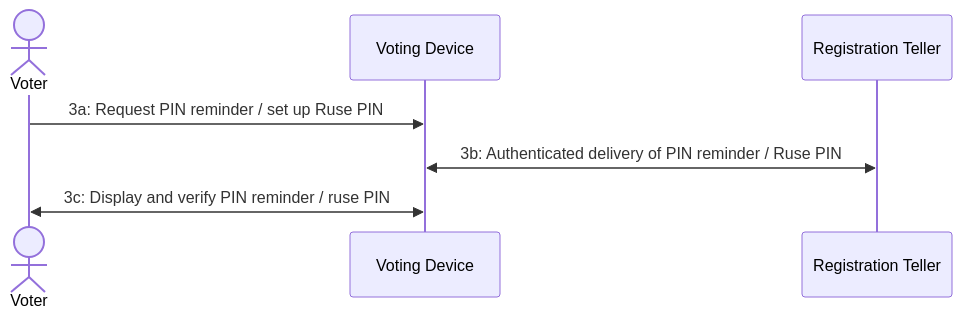
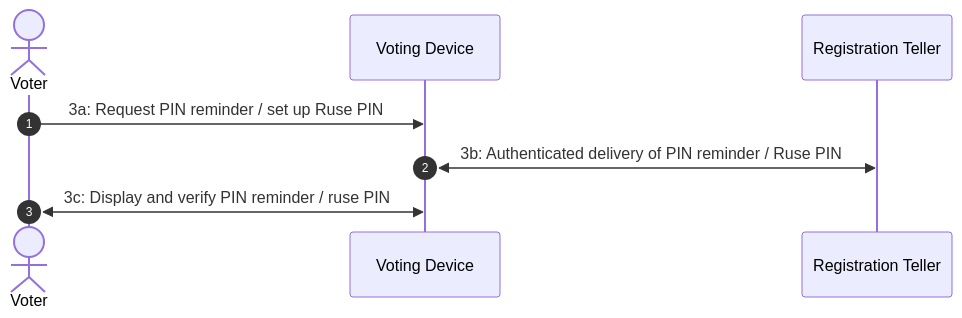
One commit to AlessandroPerez/evoting-rs changed the third of 5 diagrams in README.md. Above: the diagram before and after it, drawn with Mermaid. The commit also changed other lines of this file, not shown here.

````diff
--- a/README.md
+++ b/README.md
@@ -68,10 +68,10 @@
 ```mermaid
 sequenceDiagram
-    %%autonumber
+    autonumber
     actor V as Voter
     participant VD as Voting Device
     participant RT as Registration Teller
     V->>VD: 3a: Request PIN reminder / set up Ruse PIN
     VD<<->>RT: 3b: Authenticated delivery of PIN reminder / Ruse PIN
     V<<->>VD: 3c: Display and verify PIN reminder / ruse PIN
 ```
````
